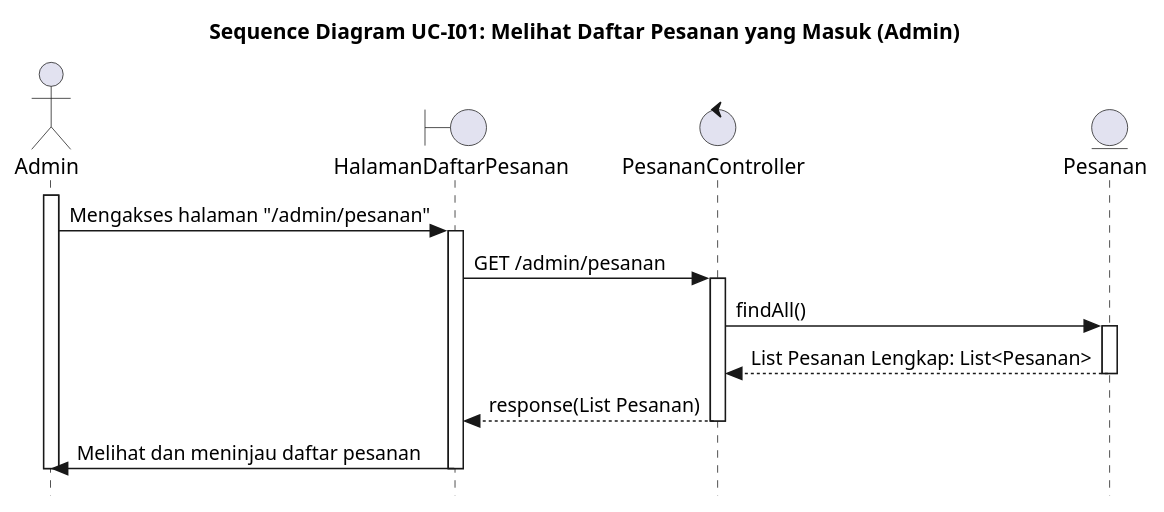
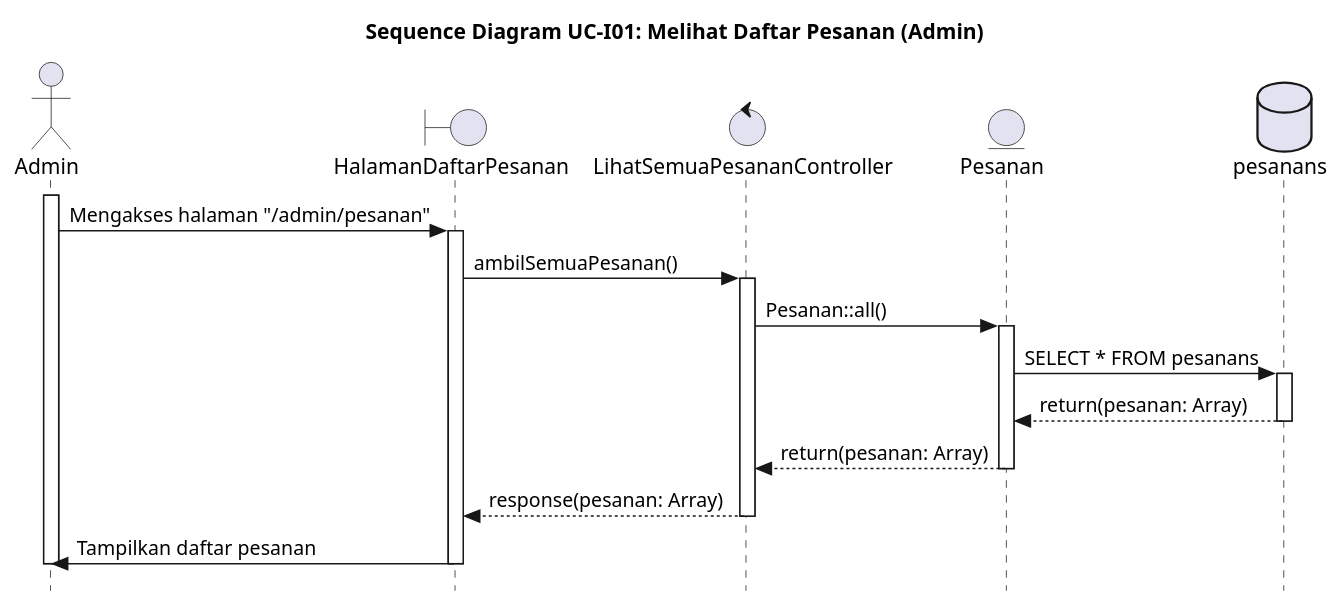
Before and after one commit to alfiahnurfa/RSI-PROYEK-AKHIR-SEQUENCE: the diagram in UC-I01.PUML, drawn with PlantUML. The commit also changed 15 other files, not shown here.

Commit message:
perbaikan seq diagram

```diff
--- a/UC-I01.PUML
+++ b/UC-I01.PUML
@@ -1,29 +1,38 @@
 @startuml SD-UC-I01_MelihatDaftarPesananAdmin
-title Sequence Diagram UC-I01: Melihat Daftar Pesanan yang Masuk (Admin)
+title Sequence Diagram UC-I01: Melihat Daftar Pesanan (Admin)
 skinparam style strictuml
 
 actor Admin
 boundary HalamanDaftarPesanan
-control PesananController
+control LihatSemuaPesananController
 entity Pesanan
+database pesanans
 
 activate Admin
+
 Admin -> HalamanDaftarPesanan : Mengakses halaman "/admin/pesanan"
 activate HalamanDaftarPesanan
 
-HalamanDaftarPesanan -> PesananController : GET /admin/pesanan
-activate PesananController
+HalamanDaftarPesanan -> LihatSemuaPesananController : ambilSemuaPesanan()
+activate LihatSemuaPesananController
 
-PesananController -> Pesanan : findAll()
+LihatSemuaPesananController -> Pesanan : Pesanan::all()
 activate Pesanan
-Pesanan --> PesananController : List Pesanan Lengkap: List<Pesanan>
+
+Pesanan -> pesanans : SELECT * FROM pesanans
+activate pesanans
+
+pesanans --> Pesanan : return(pesanan: Array)
+deactivate pesanans
+
+Pesanan --> LihatSemuaPesananController : return(pesanan: Array)
 deactivate Pesanan
 
-PesananController --> HalamanDaftarPesanan : response(List Pesanan)
-deactivate PesananController
+LihatSemuaPesananController --> HalamanDaftarPesanan : response(pesanan: Array)
+deactivate LihatSemuaPesananController
 
-HalamanDaftarPesanan -> Admin : Melihat dan meninjau daftar pesanan
+HalamanDaftarPesanan -> Admin : Tampilkan daftar pesanan
 deactivate HalamanDaftarPesanan
 deactivate Admin
 
 @enduml
```
